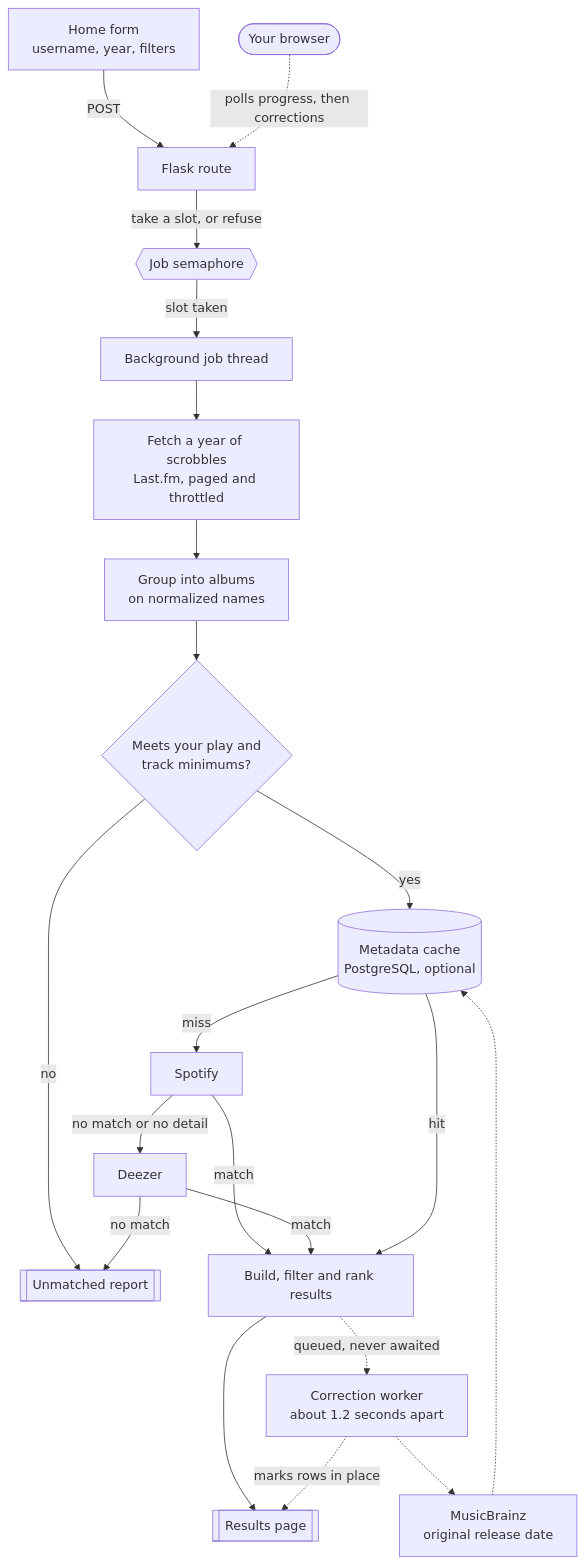
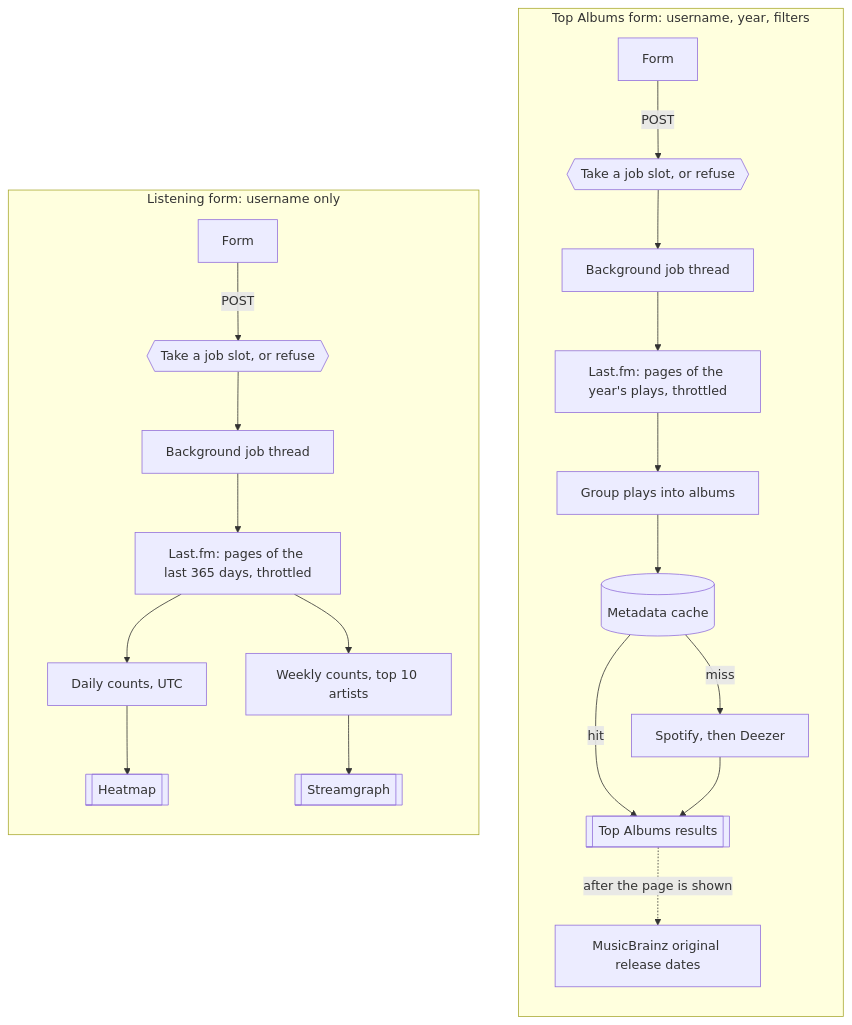
The diagram in README.md (pterw/ScrobbleScope), drawn with Mermaid before and after one commit. The commit also changed other lines of this file and 8 other files, not shown here.

````diff
--- a/README.md
+++ b/README.md
@@ -228,26 +60,26 @@
 ```mermaid
 flowchart TB
-    Form["Home form<br/>username, year, filters"] -->|POST| Flask[Flask route]
-    Flask -->|take a slot, or refuse| Slot{{Job semaphore}}
-    Slot -->|slot taken| Job[Background job thread]
+    subgraph Albums["Top Albums form: username, year, filters"]
+        direction TB
+        F1[Form] -->|POST| S1{{Take a job slot, or refuse}}
+        S1 --> J1[Background job thread]
+        J1 --> Fetch1["Last.fm: pages of the year's plays, throttled"]
+        Fetch1 --> Group[Group plays into albums]
+        Group --> Cache[(Metadata cache)]
+        Cache -->|miss| Providers["Spotify, then Deezer"]
+        Cache -->|hit| Results[[Top Albums results]]
+        Providers --> Results
+        Results -.->|after the page is shown| MB["MusicBrainz original release dates"]
+    end
 
-    Job --> Scrobbles[Fetch a year of scrobbles<br/>Last.fm, paged and throttled]
-    Scrobbles --> Group[Group into albums<br/>on normalized names]
-    Group --> Threshold{Meets your play and<br/>track minimums?}
-    Threshold -->|no| Unmatched[[Unmatched report]]
-    Threshold -->|yes| Cache[(Metadata cache<br/>PostgreSQL, optional)]
-    Cache -->|miss| Spotify[Spotify]
-    Spotify -->|no match or no detail| Deezer[Deezer]
-    Spotify -->|match| Build
-    Deezer -->|match| Build[Build, filter and rank results]
-    Deezer -->|no match| Unmatched
-    Cache -->|hit| Build
-    Build --> Results[[Results page]]
-
-    Build -.->|queued, never awaited| Checks[Correction worker<br/>about 1.2 seconds apart]
-    Checks -.-> MusicBrainz[MusicBrainz<br/>original release date]
-    MusicBrainz -.-> Cache
-    Checks -.->|marks rows in place| Results
-
-    Browser([Your browser]) -.->|polls progress, then corrections| Flask
+    subgraph Listening["Listening form: username only"]
+        direction TB
+        F2[Form] -->|POST| S2{{Take a job slot, or refuse}}
+        S2 --> J2[Background job thread]
+        J2 --> Fetch2["Last.fm: pages of the last 365 days, throttled"]
+        Fetch2 --> Daily["Daily counts, UTC"]
+        Fetch2 --> Weekly["Weekly counts, top 10 artists"]
+        Daily --> Heat[[Heatmap]]
+        Weekly --> Stream[[Streamgraph]]
+    end
 ```
````
